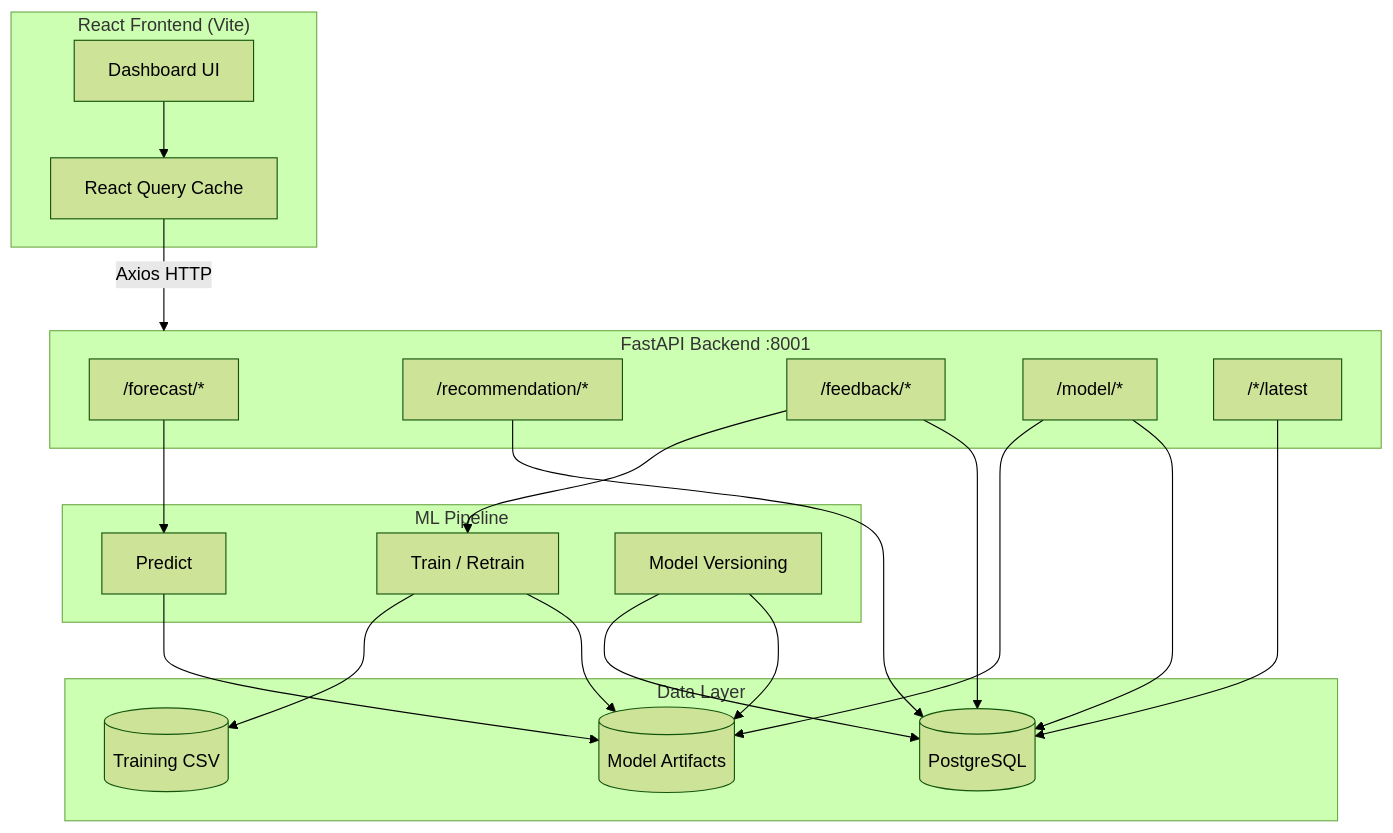
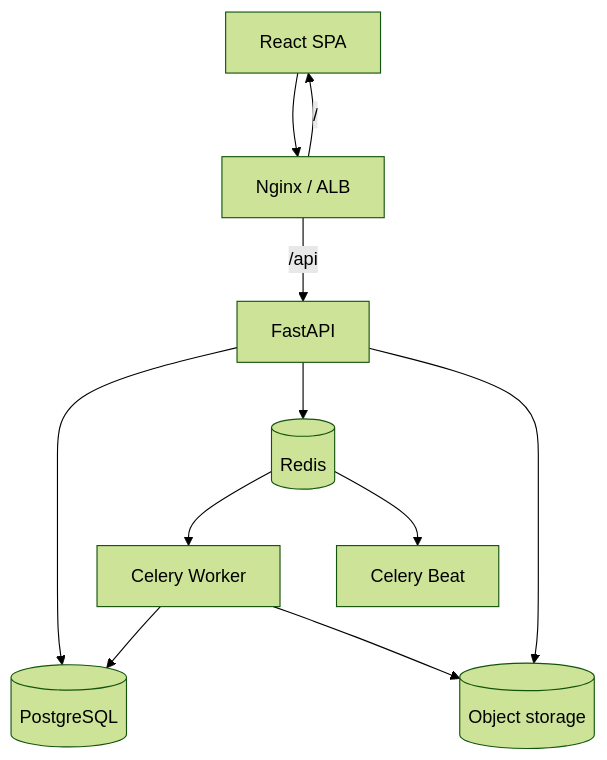
Before and after one commit to Sudharsen27/Restaurant-Resource-Planning-System-AI: the diagram in README.md, drawn with Mermaid (forest theme). The commit also changed other lines of this file and 65 other files, not shown here.

````diff
--- a/README.md
+++ b/README.md
@@ -104,42 +141,13 @@
 ```mermaid
 flowchart TB
-    subgraph Client["React Frontend (Vite)"]
-        UI[Dashboard UI]
-        RQ[React Query Cache]
-        UI --> RQ
-    end
-
-    subgraph API["FastAPI Backend :8001"]
-        ForecastAPI["/forecast/*"]
-        RecAPI["/recommendation/*"]
-        FeedbackAPI["/feedback/*"]
-        ModelAPI["/model/*"]
-        PersistAPI["/*/latest"]
-    end
-
-    subgraph Data["Data Layer"]
-        PG[(PostgreSQL)]
-        CSV[(Training CSV)]
-        PKL[(Model Artifacts)]
-    end
-
-    subgraph ML["ML Pipeline"]
-        Train[Train / Retrain]
-        Predict[Predict]
-        Version[Model Versioning]
-    end
-
-    RQ -->|Axios HTTP| API
-    ForecastAPI --> Predict
-    RecAPI --> PG
-    FeedbackAPI --> Train
-    FeedbackAPI --> PG
-    ModelAPI --> PKL
-    ModelAPI --> PG
-    PersistAPI --> PG
-    Train --> CSV
-    Train --> PKL
-    Predict --> PKL
-    Version --> PG
-    Version --> PKL
+  Browser[React SPA] --> Edge[Nginx / ALB]
+  Edge -->|/api| API[FastAPI]
+  Edge -->|/| Browser
+  API --> PG[(PostgreSQL)]
+  API --> Redis[(Redis)]
+  API --> S3[(Object storage)]
+  Redis --> Worker[Celery Worker]
+  Redis --> Beat[Celery Beat]
+  Worker --> PG
+  Worker --> S3
 ```
````
